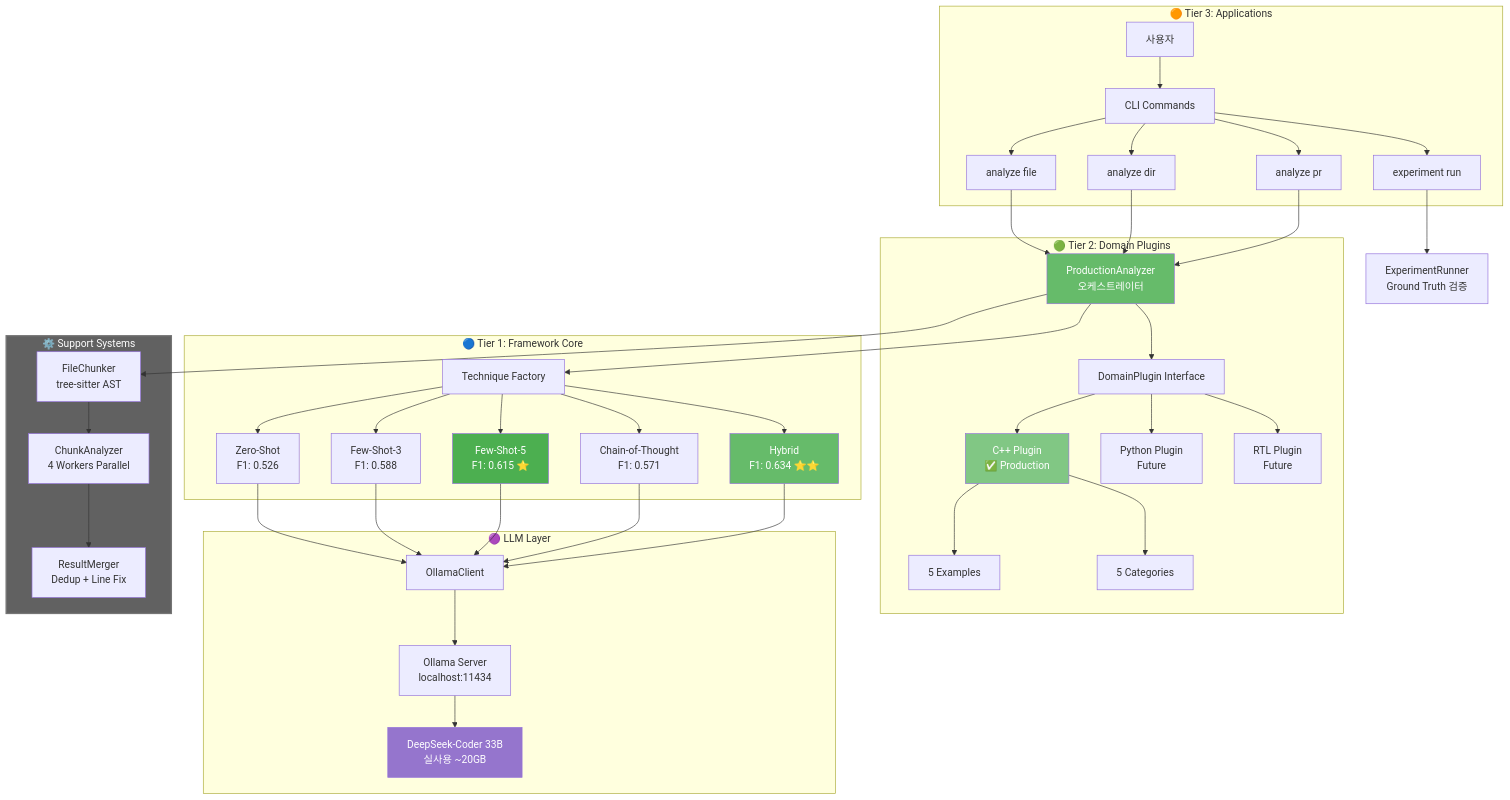
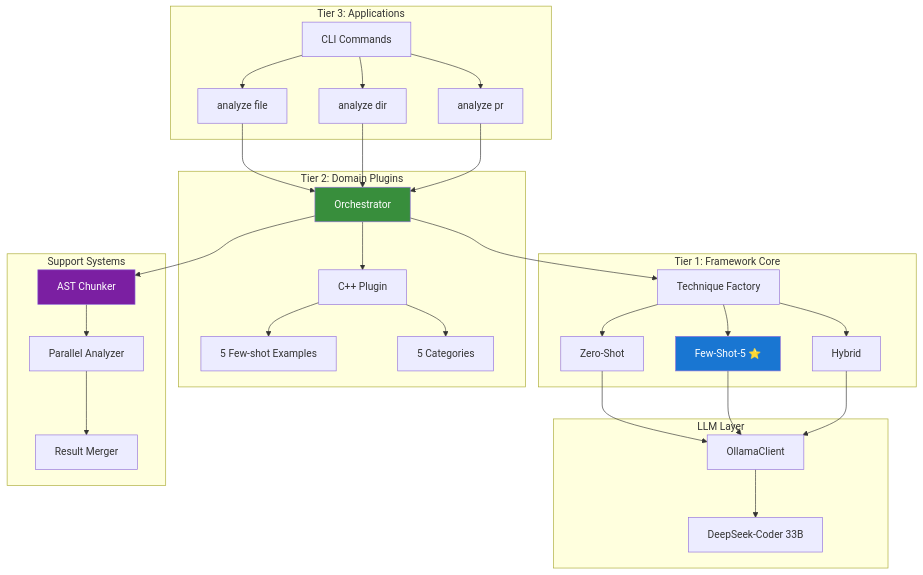
The fourth of 32 diagrams in PRESENTATION.md (ApeachM/llm-code-reviewer), drawn with Mermaid before and after one commit. The commit also changed other lines of this file and 1 other file, not shown here.

First line of the commit message:
docs: Expand "CLAUDE.md" with linting and formatting guidelines, architecture updates, and technique details

````diff
--- a/PRESENTATION.md
+++ b/PRESENTATION.md
@@ -325,87 +188,42 @@
 ```mermaid
 graph TB
-    subgraph T3["🟠 Tier 3: Applications"]
-        User[사용자]
+    subgraph "Tier 3: Applications"
         CLI[CLI Commands]
-        File[analyze file]
-        Dir[analyze dir]
-        PR[analyze pr]
-        Exp[experiment run]
-
-        User --> CLI
-        CLI --> File
-        CLI --> Dir
-        CLI --> PR
-        CLI --> Exp
+        CLI --> File[analyze file]
+        CLI --> Dir[analyze dir]
+        CLI --> PR[analyze pr]
     end
 
-    subgraph T2["🟢 Tier 2: Domain Plugins"]
-        PA[ProductionAnalyzer<br/>오케스트레이터]
-        Plugin[DomainPlugin Interface]
-        Cpp[C++ Plugin<br/>✅ Production]
-        Py[Python Plugin<br/>Future]
-        RTL[RTL Plugin<br/>Future]
-        CppEx[5 Examples]
-        CppCat[5 Categories]
-
-        File --> PA
-        Dir --> PA
-        PR --> PA
-        PA --> Plugin
-        Plugin --> Cpp
-        Plugin --> Py
-        Plugin --> RTL
-        Cpp --> CppEx
-        Cpp --> CppCat
+    subgraph "Tier 2: Domain Plugins"
+        File --> Orch[Orchestrator]
+        Dir --> Orch
+        PR --> Orch
+        Orch --> Plugin[C++ Plugin]
+        Plugin --> Examples[5 Few-shot Examples]
+        Plugin --> Categories[5 Categories]
     end
 
-    subgraph T1["🔵 Tier 1: Framework Core"]
-        Tech[Technique Factory]
-        ZS[Zero-Shot<br/>F1: 0.526]
-        FS3[Few-Shot-3<br/>F1: 0.588]
-        FS5[Few-Shot-5<br/>F1: 0.615 ⭐]
-        CoT[Chain-of-Thought<br/>F1: 0.571]
-        Hybrid[Hybrid<br/>F1: 0.634 ⭐⭐]
-
-        PA --> Tech
-        Tech --> ZS
-        Tech --> FS3
-        Tech --> FS5
-        Tech --> CoT
-        Tech --> Hybrid
+    subgraph "Tier 1: Framework Core"
+        Orch --> Tech[Technique Factory]
+        Tech --> ZS[Zero-Shot]
+        Tech --> FS[Few-Shot-5 ⭐]
+        Tech --> Hybrid[Hybrid]
     end
 
-    subgraph LLM["🟣 LLM Layer"]
-        Client[OllamaClient]
-        Ollama[Ollama Server<br/>localhost:11434]
-        Model[DeepSeek-Coder 33B<br/>실사용 ~20GB]
-
-        ZS --> Client
-        FS3 --> Client
-        FS5 --> Client
-        CoT --> Client
+    subgraph "LLM Layer"
+        ZS --> Client[OllamaClient]
+        FS --> Client
         Hybrid --> Client
-        Client --> Ollama
-        Ollama --> Model
+        Client --> Ollama[DeepSeek-Coder 33B]
     end
 
-    subgraph Support["⚙️ Support Systems"]
-        Chunker[FileChunker<br/>tree-sitter AST]
-        Analyzer[ChunkAnalyzer<br/>4 Workers Parallel]
-        Merger[ResultMerger<br/>Dedup + Line Fix]
-
-        PA --> Chunker
-        Chunker --> Analyzer
-        Analyzer --> Merger
+    subgraph "Support Systems"
+        Orch --> Chunker[AST Chunker]
+        Chunker --> Parallel[Parallel Analyzer]
+        Parallel --> Merger[Result Merger]
     end
 
-    Exp --> Runner[ExperimentRunner<br/>Ground Truth 검증]
-
-    style Support fill:#616161,stroke:#757575,stroke-width:2px,color:#fff
-
-    style PA fill:#66bb6a,color:#fff
-    style Cpp fill:#81c784,color:#fff
-    style FS5 fill:#4caf50,color:#fff
-    style Hybrid fill:#66bb6a,color:#fff
-    style Model fill:#9575cd,color:#fff
+    style Orch fill:#388e3c,color:#fff
+    style FS fill:#1976d2,color:#fff
+    style Chunker fill:#7b1fa2,color:#fff
 ```
````
